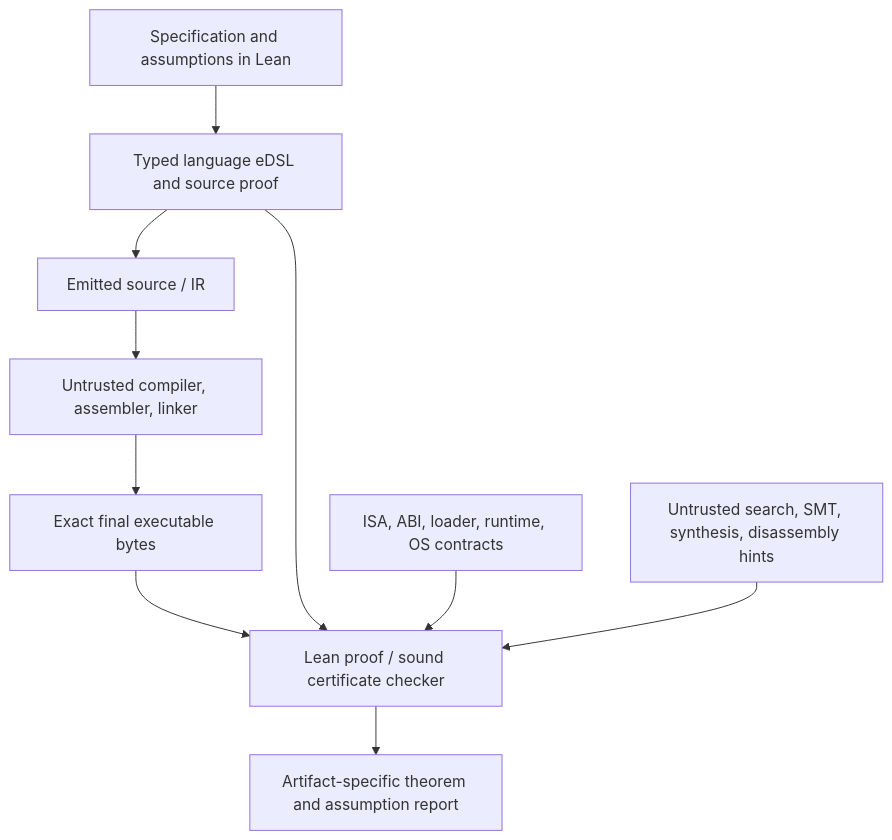
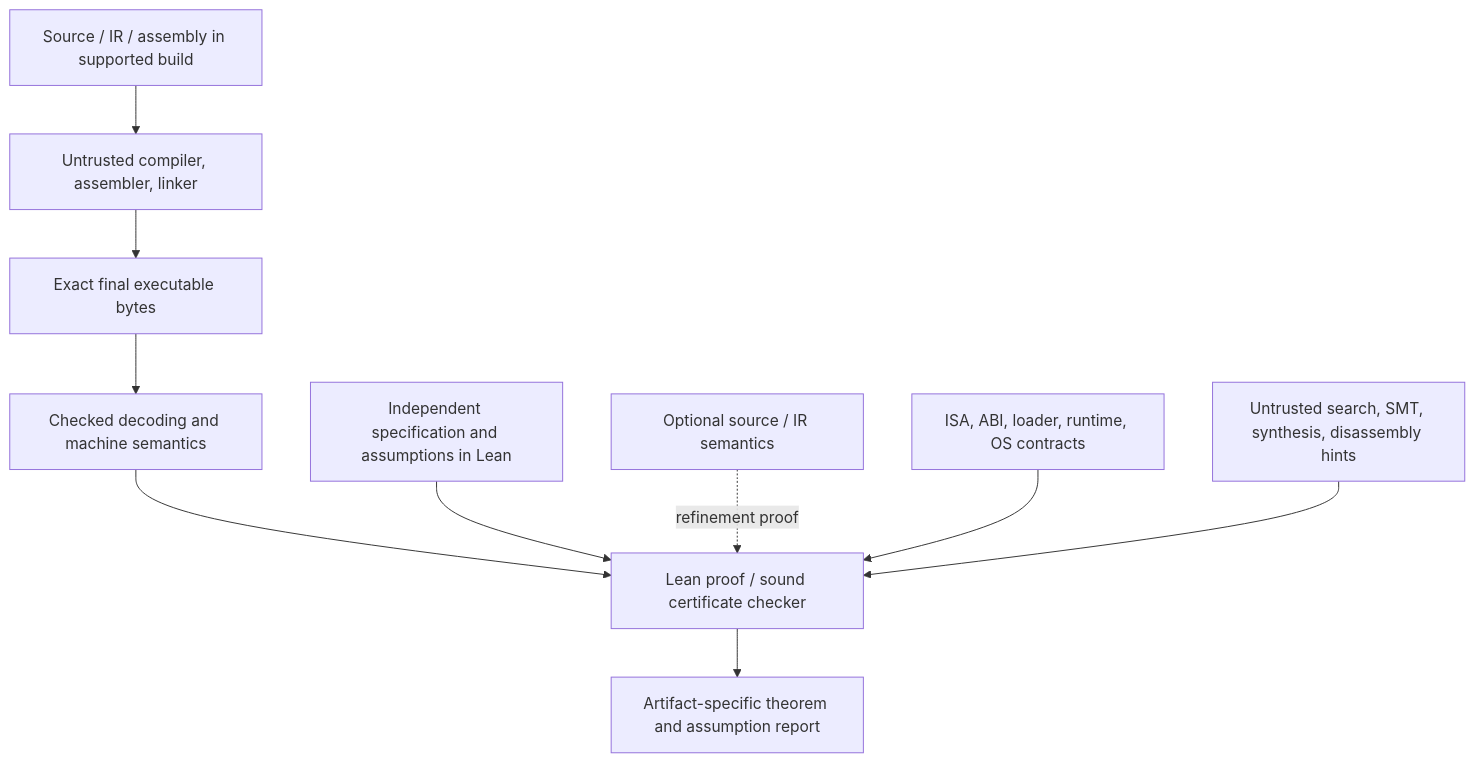
Before and after one commit to Irvinwop/eDSL: the diagram in docs/architecture.md, drawn with Mermaid. The commit also changed other lines of this file and 14 other files, not shown here.

````diff
--- a/docs/architecture.md
+++ b/docs/architecture.md
@@ -18,12 +23,12 @@
 ```mermaid
 flowchart TD
-    Q[Specification and assumptions in Lean] --> S[Typed language eDSL and source proof]
-    S --> E[Emitted source / IR]
-    E --> C[Untrusted compiler, assembler, linker]
+    E[Source / IR / assembly in supported build] --> C[Untrusted compiler, assembler, linker]
     C --> B[Exact final executable bytes]
-    B --> V[Lean proof / sound certificate checker]
-    S --> V
+    B --> D[Checked decoding and machine semantics]
+    D --> V[Lean proof / sound certificate checker]
+    Q[Independent specification and assumptions in Lean] --> V
+    S[Optional source / IR semantics] -. refinement proof .-> V
     P[ISA, ABI, loader, runtime, OS contracts] --> V
     V --> T[Artifact-specific theorem and assumption report]
     U[Untrusted search, SMT, synthesis, disassembly hints] --> V
 ```
````
